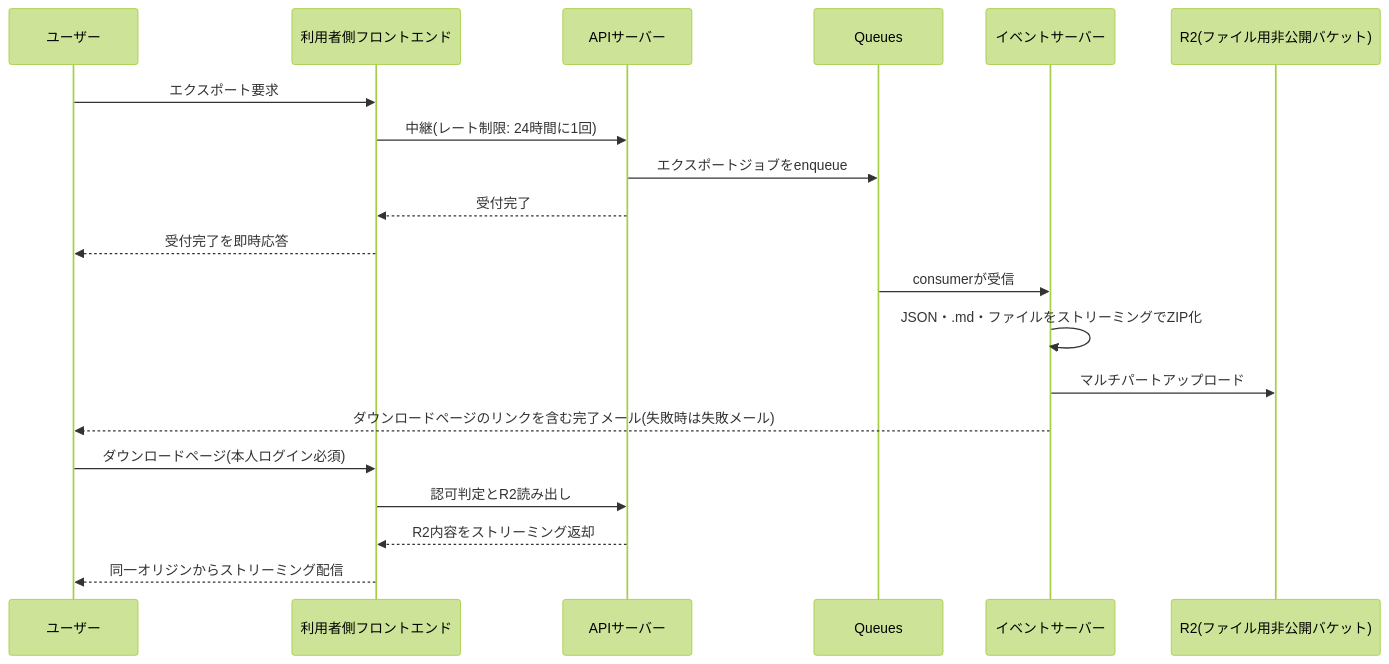
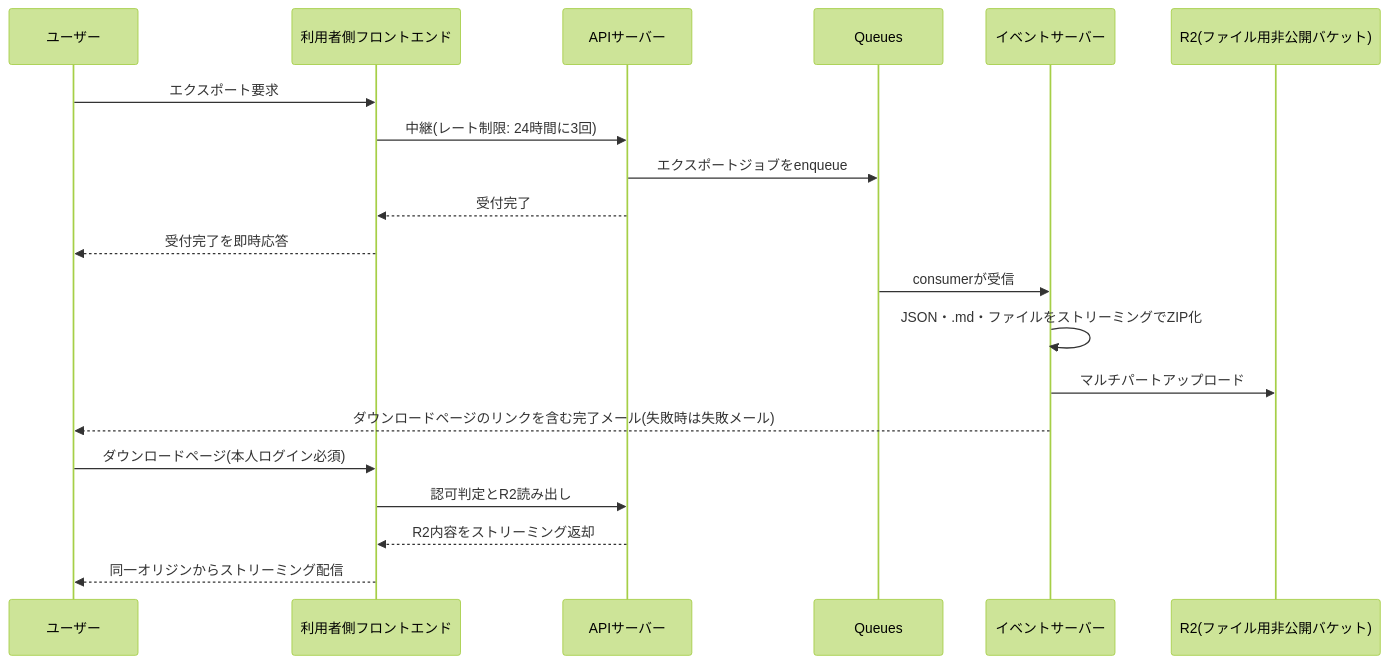
One commit to kurachiweb/genai-example-2-launch-platform changed the diagram in docs/GUIDES/service/features/001-user-data-export.md. Above: the diagram before and after it, drawn with Mermaid (forest theme). The commit also changed other lines of this file and 2 other files, not shown here.

````diff
--- a/docs/GUIDES/service/features/001-user-data-export.md
+++ b/docs/GUIDES/service/features/001-user-data-export.md
@@ -603,22 +627,22 @@
 ```mermaid
 sequenceDiagram
     participant U as ユーザー
     participant F as 利用者側フロントエンド
     participant A as APIサーバー
     participant Q as Queues
     participant E as イベントサーバー
     participant R as R2(ファイル用非公開バケット)
     U->>F: エクスポート要求
-    F->>A: 中継(レート制限: 24時間に1回)
+    F->>A: 中継(レート制限: 24時間に3回)
     A->>Q: エクスポートジョブをenqueue
     A-->>F: 受付完了
     F-->>U: 受付完了を即時応答
     Q->>E: consumerが受信
     E->>E: JSON・.md・ファイルをストリーミングでZIP化
     E->>R: マルチパートアップロード
     E-->>U: ダウンロードページのリンクを含む完了メール(失敗時は失敗メール)
     U->>F: ダウンロードページ(本人ログイン必須)
     F->>A: 認可判定とR2読み出し
     A-->>F: R2内容をストリーミング返却
     F-->>U: 同一オリジンからストリーミング配信
 ```
````
